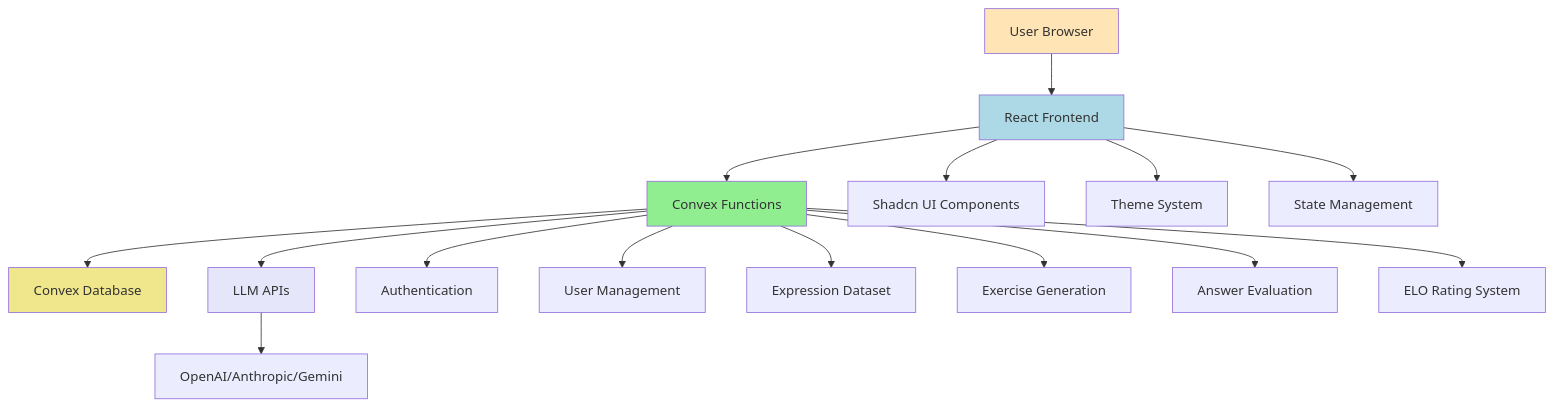
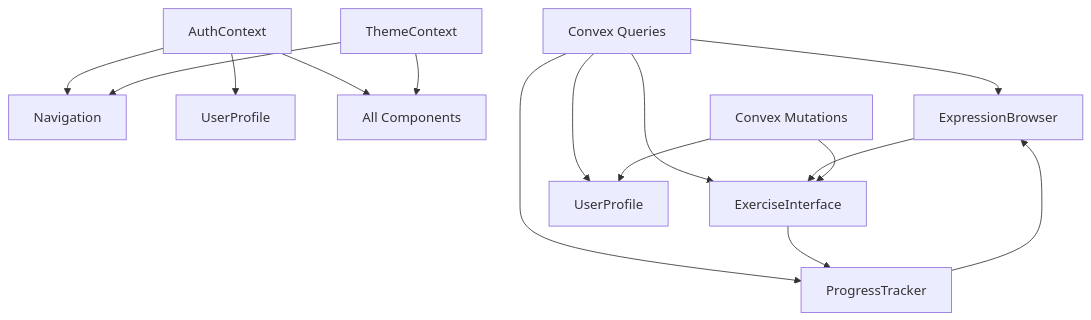
The diagram in docs/architecture.md (santistebanc/phraser), drawn with Mermaid before and after one commit. The commit also changed other lines of this file and 9 other files, not shown here.

````diff
--- a/docs/architecture.md
+++ b/docs/architecture.md
@@ -70,26 +237,21 @@
 ```mermaid
 graph TD
-    A[User Browser] --> B[React Frontend]
-    B --> C[Convex Functions]
-    C --> D[Convex Database]
-    C --> E[LLM APIs]
-    C --> F[Authentication]
-    
-    B --> G[Shadcn UI Components]
-    B --> H[Theme System]
-    B --> I[State Management]
-    
-    C --> J[User Management]
-    C --> K[Expression Dataset]
-    C --> L[Exercise Generation]
-    C --> M[Answer Evaluation]
-    C --> N[ELO Rating System]
-    
-    E --> O[OpenAI/Anthropic/Gemini]
-    
-    style A fill:#FFE4B5
-    style B fill:#ADD8E6
-    style C fill:#90EE90
-    style D fill:#F0E68C
-    style E fill:#E6E6FA
+    A[AuthContext] --> B[Navigation]
+    A --> C[UserProfile]
+    A --> D[All Components]
+
+    E[ThemeContext] --> B
+    E --> D
+
+    F[Convex Queries] --> G[ExpressionBrowser]
+    F --> H[ExerciseInterface]
+    F --> I[ProgressTracker]
+    F --> J[UserProfile]
+
+    G --> H
+    H --> I
+    I --> G
+
+    K[Convex Mutations] --> H
+    K --> J
 ```
````
